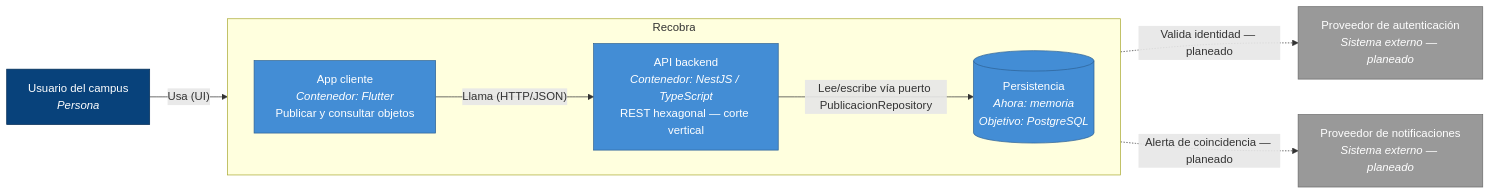
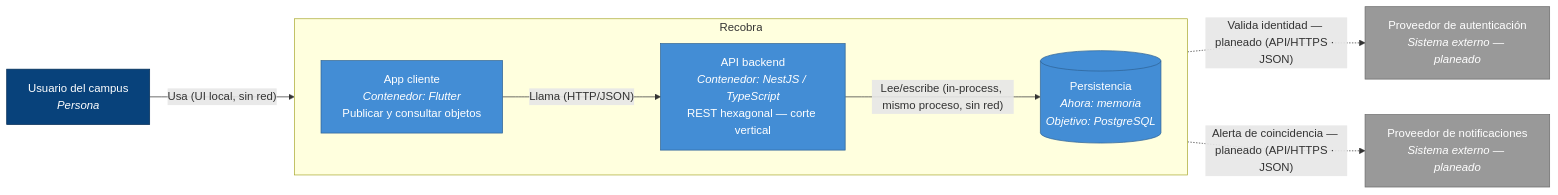
The diagram in docs/c4/C4-C2.md (ISCOUTB/AS_202620_Recobra), drawn with Mermaid before and after one commit.

Commit message:
Etiquetar flechas C4 nivel 2 con protocolo y formato

````diff
--- a/docs/c4/C4-C2.md
+++ b/docs/c4/C4-C2.md
@@ -17,27 +17,31 @@
 ```mermaid
 flowchart LR
     usuario["Usuario del campus<br/><i>Persona</i>"]
     auth["Proveedor de autenticación<br/><i>Sistema externo — planeado</i>"]
     notif["Proveedor de notificaciones<br/><i>Sistema externo — planeado</i>"]
 
     subgraph recobra["Recobra"]
         direction LR
         app["App cliente<br/><i>Contenedor: Flutter</i><br/>Publicar y consultar objetos"]
         api["API backend<br/><i>Contenedor: NestJS / TypeScript</i><br/>REST hexagonal — corte vertical"]
         store[("Persistencia<br/><i>Ahora: memoria</i><br/><i>Objetivo: PostgreSQL</i>")]
     end
 
-    usuario -->|"Usa (UI)"| app
-    app -->|"Llama (HTTP/JSON)"| api
-    api -->|"Lee/escribe vía puerto PublicacionRepository"| store
-    api -.->|"Valida identidad — planeado"| auth
-    api -.->|"Alerta de coincidencia — planeado"| notif
+    
+ 
+       usuario -->|"Usa (UI local, sin red)"| app
+       app -->|"Llama (HTTP/JSON)"| api
+       api -->|"Lee/escribe (in-process, mismo proceso, sin red)"| store
+       api -.->|"Valida identidad — planeado (API/HTTPS · JSON)"| auth
+       api -.->|"Alerta de coincidencia — planeado (API/HTTPS · JSON)"| notif
+ 
+
 
     classDef persona fill:#08427b,color:#fff,stroke:#052e56;
     classDef contenedor fill:#438dd5,color:#fff,stroke:#2e6295;
     classDef externo fill:#999999,color:#fff,stroke:#6b6b6b;
 
     class usuario persona;
     class app,api,store contenedor;
     class notif,auth externo;
 ```
````
